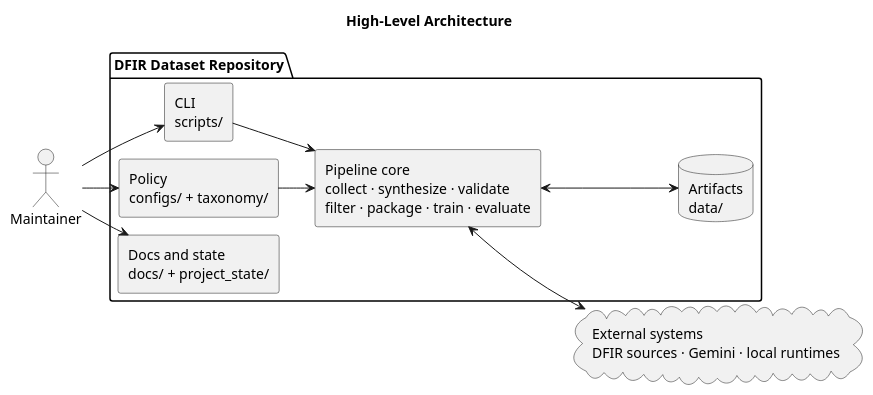
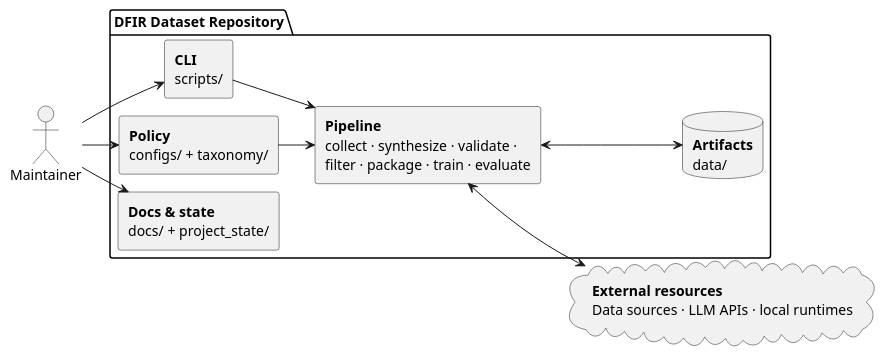
The diagram in docs/diagrams/pipeline-macro.puml (darkrelicz/dfir-dataset), drawn with PlantUML before and after one commit.

Commit message:
Fix - Update pipeline UML diagram

```diff
--- a/docs/diagrams/pipeline-macro.puml
+++ b/docs/diagrams/pipeline-macro.puml
@@ -1,29 +1,28 @@
 @startuml
 !pragma layout smetana
-title High-Level Architecture
 
 skinparam componentStyle rectangle
 skinparam shadowing false
 left to right direction
 
 actor Maintainer
 
 package "DFIR Dataset Repository" {
-  [CLI\nscripts/] as CLI
-  [Policy\nconfigs/ + taxonomy/] as Control
-  [Pipeline core\ncollect · synthesize · validate\nfilter · package · train · evaluate] as Services
-  database "Artifacts\ndata/" as Artifacts
-  [Docs and state\ndocs/ + project_state/] as Knowledge
+  [**CLI**\nscripts/] as CLI
+  [**Policy**\nconfigs/ + taxonomy/] as Control
+  [**Pipeline**\ncollect · synthesize · validate ·\nfilter · package · train · evaluate] as Services
+  database "**Artifacts**\ndata/" as Artifacts
+  [**Docs & state**\ndocs/ + project_state/] as Knowledge
 }
 
-cloud "External systems\nDFIR sources · Gemini · local runtimes" as External
+cloud "**External resources**\nData sources · LLM APIs · local runtimes" as External
 
 Maintainer --> CLI
 Maintainer --> Control
 Maintainer --> Knowledge
 CLI --> Services
 Control --> Services
 Services <--> Artifacts
 Services <--> External
 
 @enduml
```
